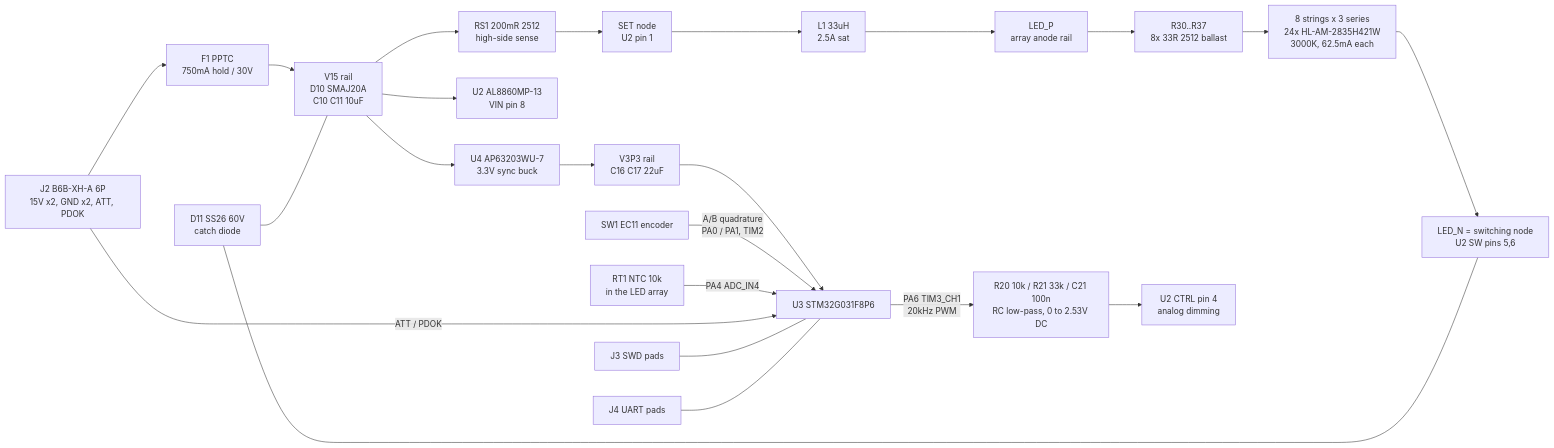
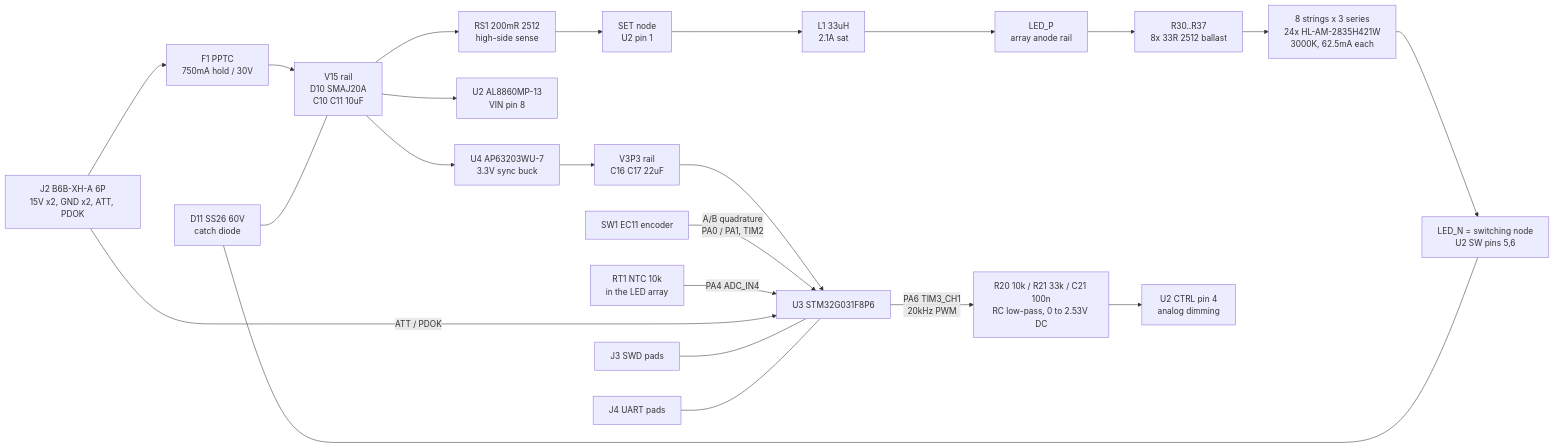
One commit to Takazudo/zudo-led-lamp changed the diagram in doc/src/content/docs/architecture/board-l.mdx. Above: the diagram before and after it, drawn with Mermaid. The commit also changed other lines of this file and 2 other files, not shown here.

````diff
--- a/doc/src/content/docs/architecture/board-l.mdx
+++ b/doc/src/content/docs/architecture/board-l.mdx
@@ -13,47 +13,47 @@
 ```mermaid
 flowchart LR;
   J2["J2 B6B-XH-A 6P\n15V x2, GND x2, ATT, PDOK"];
   F1["F1 PPTC\n750mA hold / 30V"];
   V15["V15 rail\nD10 SMAJ20A\nC10 C11 10uF"];
   RS1["RS1 200mR 2512\nhigh-side sense"];
   U2["U2 AL8860MP-13\nVIN pin 8"];
   SETN["SET node\nU2 pin 1"];
-  L1["L1 33uH\n2.5A sat"];
+  L1["L1 33uH\n2.1A sat"];
   LEDP["LED_P\narray anode rail"];
   BAL["R30..R37\n8x 33R 2512 ballast"];
   STR["8 strings x 3 series\n24x HL-AM-2835H421W\n3000K, 62.5mA each"];
   LEDN["LED_N = switching node\nU2 SW pins 5,6"];
   D11["D11 SS26 60V\ncatch diode"];
   U4["U4 AP63203WU-7\n3.3V sync buck"];
   V33["V3P3 rail\nC16 C17 22uF"];
   U3["U3 STM32G031F8P6"];
   SW1["SW1 EC11 encoder"];
   RT1["RT1 NTC 10k\nin the LED array"];
   RCF["R20 10k / R21 33k / C21 100n\nRC low-pass, 0 to 2.53V DC"];
   CTRL["U2 CTRL pin 4\nanalog dimming"];
   J3["J3 SWD pads"];
   J4["J4 UART pads"];
 
   J2 --> F1;
   F1 --> V15;
   V15 --> RS1;
   V15 --> U2;
   RS1 --> SETN;
   SETN --> L1;
   L1 --> LEDP;
   LEDP --> BAL;
   BAL --> STR;
   STR --> LEDN;
   D11 --- LEDN;
   D11 --- V15;
   V15 --> U4;
   U4 --> V33;
   V33 --> U3;
   SW1 -->|"A/B quadrature\nPA0 / PA1, TIM2"| U3;
   RT1 -->|"PA4 ADC_IN4"| U3;
   J2 -->|"ATT / PDOK"| U3;
   U3 -->|"PA6 TIM3_CH1\n20kHz PWM"| RCF;
   RCF --> CTRL;
   J3 --- U3;
   J4 --- U3;
 ```
````
